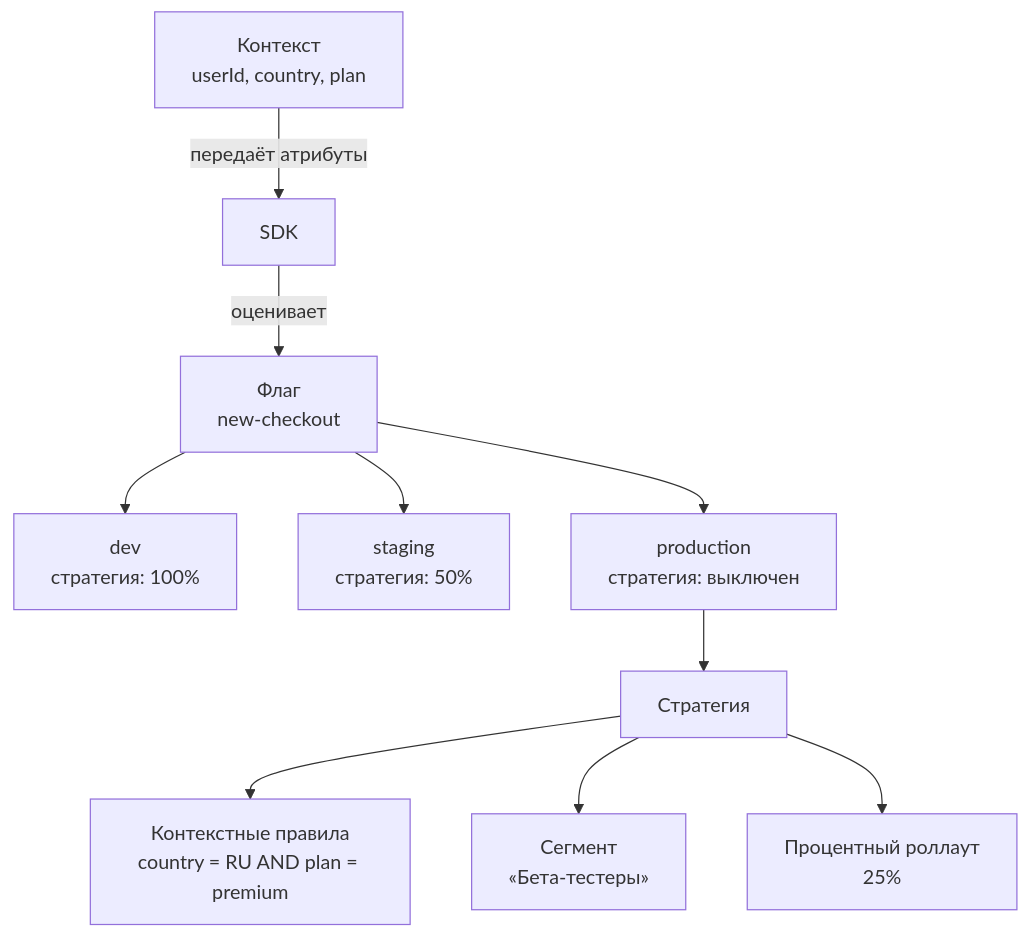
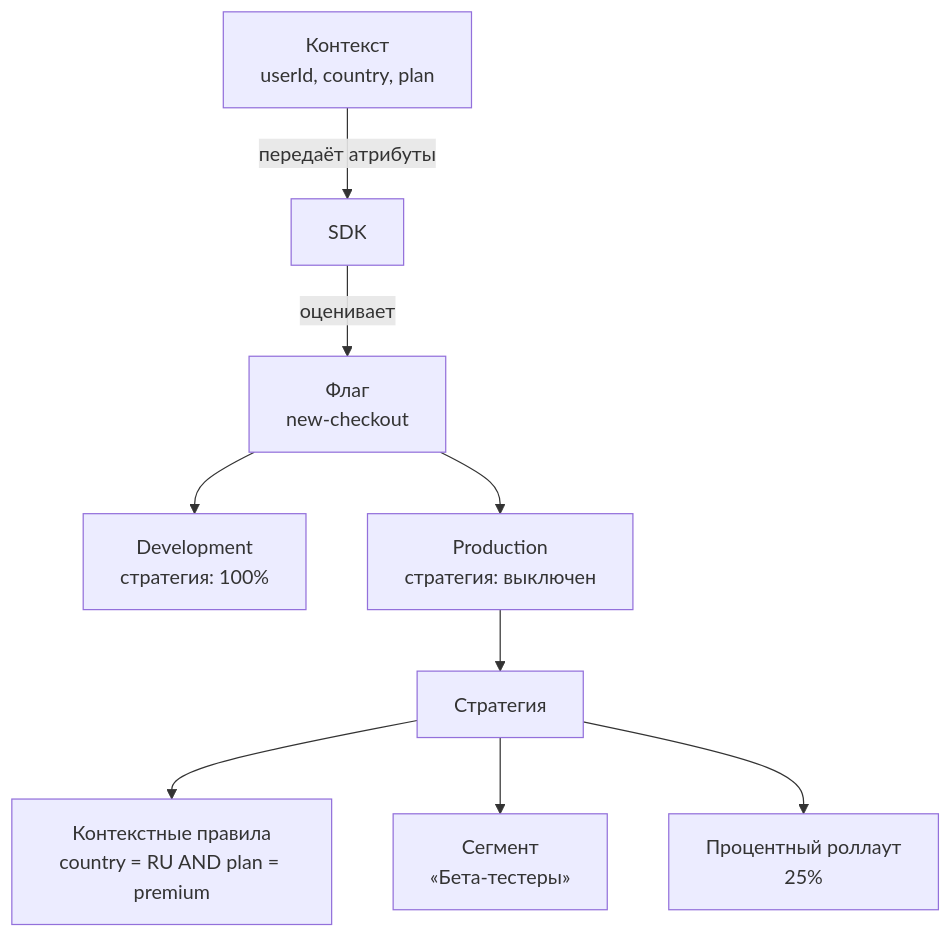
Before and after one commit to edgar-dev20/mozhno: the diagram in docs/concepts/overview.md, drawn with Mermaid. The commit also changed other lines of this file and 33 other files, not shown here.

Commit message:
docs: rewrite getting-started, fix env model, mermaid latin labels, table header brand styling, SDK+arch corrections

````diff
--- a/docs/concepts/overview.md
+++ b/docs/concepts/overview.md
@@ -5,23 +5,21 @@
 ```mermaid
 graph TD
     FLAG[Флаг<br/>new-checkout]
-    ENV1[dev<br/>стратегия: 100%]
-    ENV2[staging<br/>стратегия: 50%]
-    ENV3[production<br/>стратегия: выключен]
+    ENV1[Development<br/>стратегия: 100%]
+    ENV2[Production<br/>стратегия: выключен]
     STRATEGY[Стратегия]
     RULES[Контекстные правила<br/>country = RU AND plan = premium]
     SEGMENT[Сегмент<br/>«Бета-тестеры»]
     PCT[Процентный роллаут<br/>25%]
     SDK[SDK]
     CTX[Контекст<br/>userId, country, plan]
 
     FLAG --> ENV1
     FLAG --> ENV2
-    FLAG --> ENV3
-    ENV3 --> STRATEGY
+    ENV2 --> STRATEGY
     STRATEGY --> RULES
     STRATEGY --> SEGMENT
     STRATEGY --> PCT
     SDK -->|оценивает| FLAG
     CTX -->|передаёт атрибуты| SDK
 ```
````
